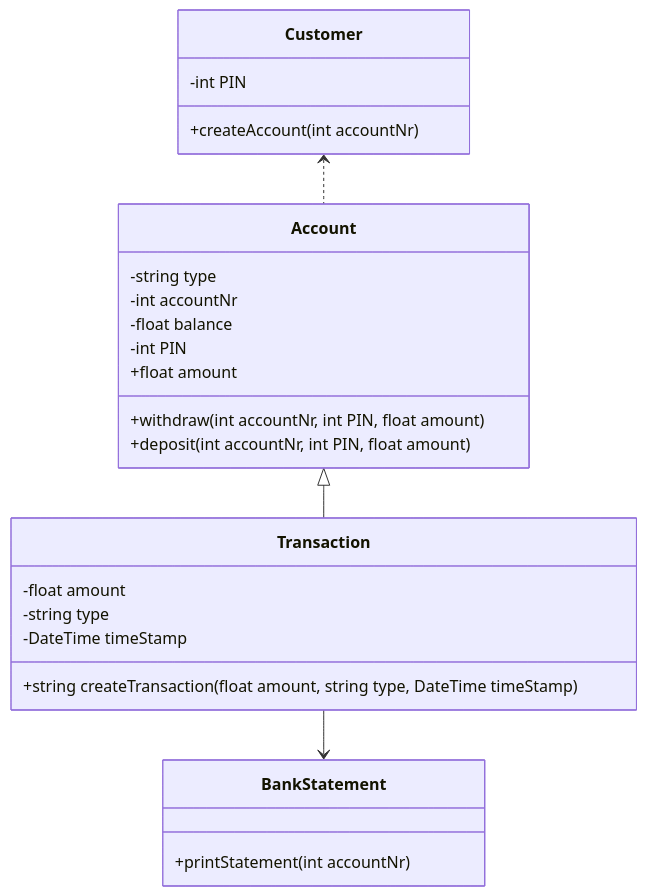
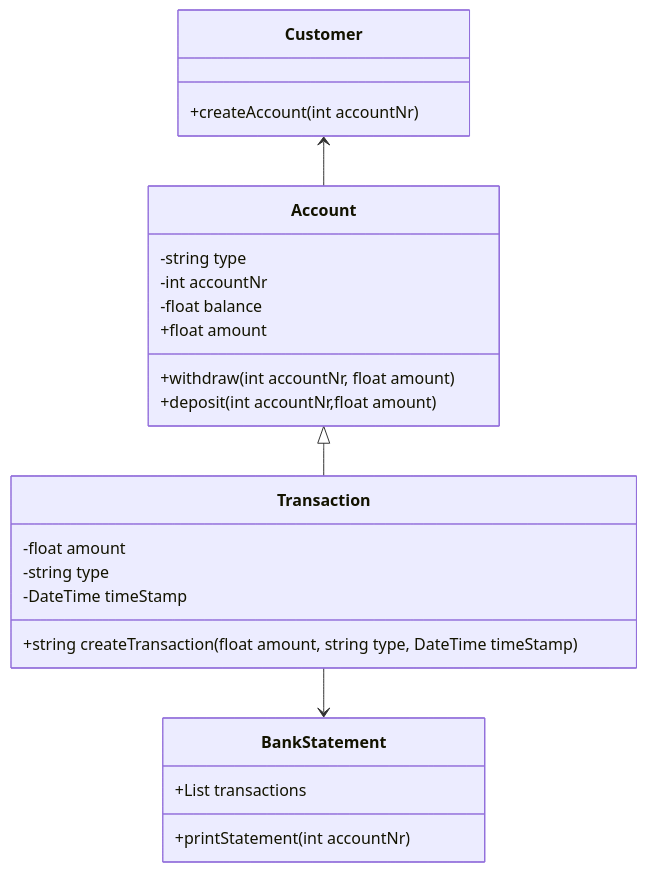
Before and after one commit to boolean-uk/csharp-tdd-oop-bank-challenge: the diagram in classDiagram.mmd, drawn with Mermaid. The commit also changed 1 other file, not shown here.

Commit message:
Updated classdiagram and domain model

```diff
--- a/classDiagram.mmd
+++ b/classDiagram.mmd
@@ -1,29 +1,28 @@
 classDiagram
 
-    Customer <.. Account
+    Customer <-- Account
     Transaction --> BankStatement
     Account <|-- Transaction
     
     class Customer {
-        -int PIN
         +createAccount(int accountNr)
     }
 
     class Account{
         -string type
         -int accountNr
         -float balance
-        -int PIN
         +float amount
-        +withdraw(int accountNr, int PIN, float amount)
-        +deposit(int accountNr, int PIN, float amount)
+        +withdraw(int accountNr, float amount)
+        +deposit(int accountNr,float amount)
     }
     class Transaction{
         -float amount
         -string type
         -DateTime timeStamp
         +string createTransaction(float amount, string type, DateTime timeStamp)
     }
     class BankStatement{
+        +List<Transaction> transactions
         +printStatement(int accountNr)
     }
```
